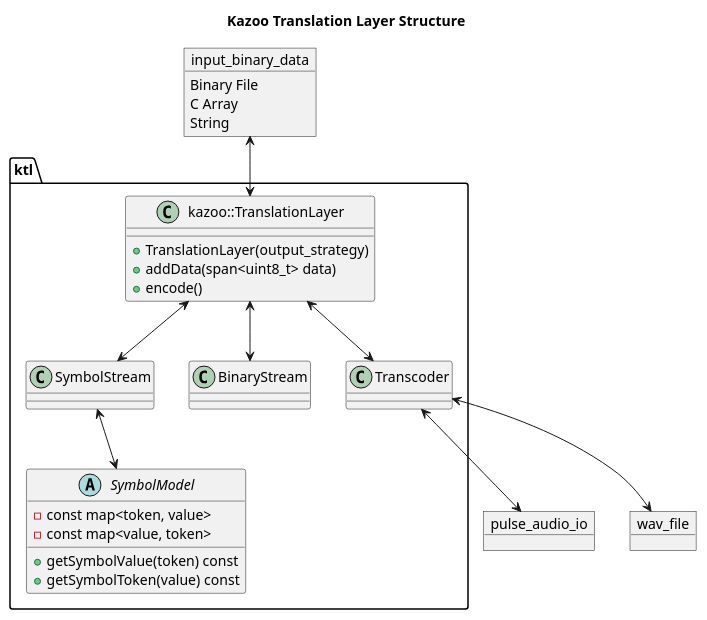
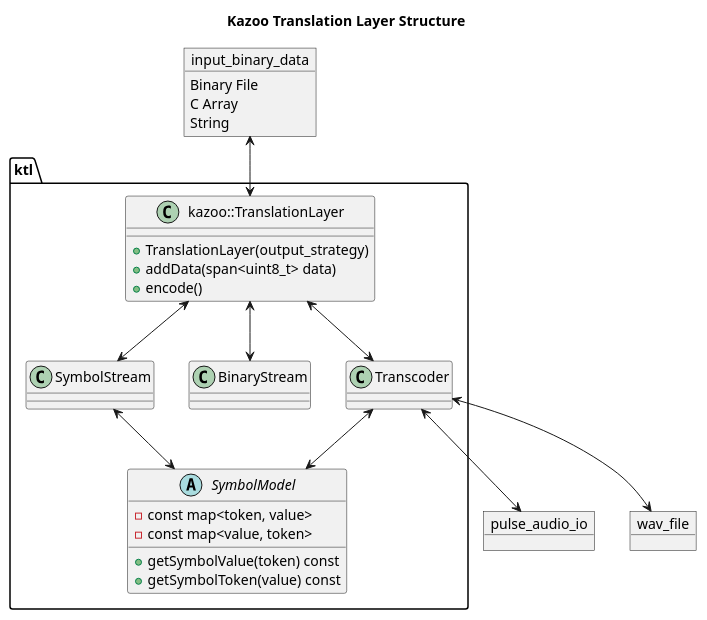
One commit to joshua-jerred/kazooformation changed the first of 3 diagrams in doc/ktl.md. Above: the diagram before and after it, drawn with PlantUML. The commit also changed other lines of this file and 5 other files, not shown here.

````diff
--- a/doc/ktl.md
+++ b/doc/ktl.md
@@ -10,51 +40,52 @@
 ```puml
 @startuml ktl_structure
 
 title Kazoo Translation Layer Structure
 
 object input_binary_data
 input_binary_data : Binary File
 input_binary_data : C Array
 input_binary_data : String
 
 object pulse_audio_io
 object wav_file
 
 package ktl {
   class kazoo::TranslationLayer {
     +TranslationLayer(output_strategy)
     +addData(span<uint8_t> data)
     +encode()
   }
 '  kazoo::TranslationLayer <--> input_binary_data
   input_binary_data  <--> kazoo::TranslationLayer
   kazoo::TranslationLayer <--> SymbolStream
   kazoo::TranslationLayer <--> BinaryStream
 
   class BinaryStream {}
   
   class SymbolStream {}
   abstract SymbolModel {
      +getSymbolValue(token) const
      +getSymbolToken(value) const
 
      -const map<token, value>
      -const map<value, token>
    }
   SymbolStream <--> SymbolModel
+  Transcoder <--> SymbolModel
 
   class Transcoder {}
   
   
   
   kazoo::TranslationLayer <--> Transcoder
   
 '  BinaryStream <--> SymbolStream
 '  SymbolStream <--> Transcoder
 
   Transcoder <--> pulse_audio_io
   Transcoder <--> wav_file
 }
 
 @enduml
 ```
````
